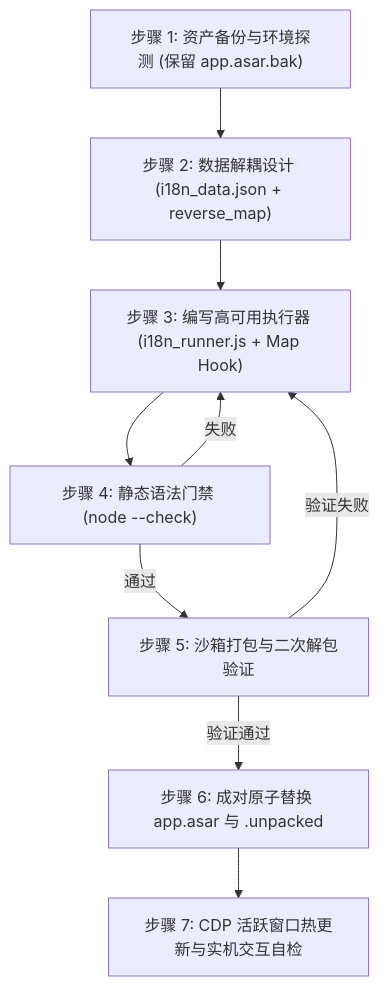
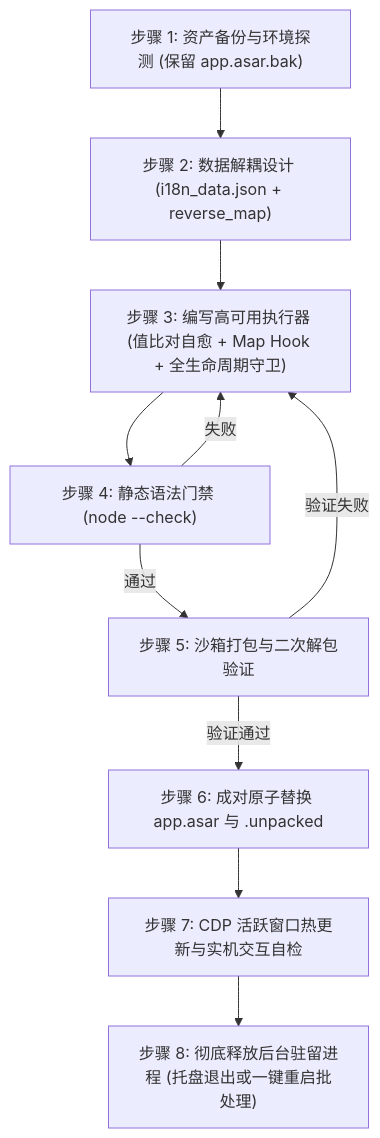
The diagram in skills/Chinesizing/SKILL.md (renkeshui/antigravity-chinese-locale), drawn with Mermaid before and after one commit. The commit also changed other lines of this file, not shown here.

````diff
--- a/skills/Chinesizing/SKILL.md
+++ b/skills/Chinesizing/SKILL.md
@@ -163,11 +243,12 @@
 ```mermaid
 flowchart TD
     A["步骤 1: 资产备份与环境探测 (保留 app.asar.bak)"] --> B["步骤 2: 数据解耦设计 (i18n_data.json + reverse_map)"]
-    B --> C["步骤 3: 编写高可用执行器 (i18n_runner.js + Map Hook)"]
+    B --> C["步骤 3: 编写高可用执行器 (值比对自愈 + Map Hook + 全生命周期守卫)"]
     C --> D["步骤 4: 静态语法门禁 (node --check)"]
     D -->|失败| C
     D -->|通过| E["步骤 5: 沙箱打包与二次解包验证"]
     E -->|验证失败| C
     E -->|验证通过| F["步骤 6: 成对原子替换 app.asar 与 .unpacked"]
     F --> G["步骤 7: CDP 活跃窗口热更新与实机交互自检"]
+    G --> H["步骤 8: 彻底释放后台驻留进程 (托盘退出或一键重启批处理)"]
 ```
````
